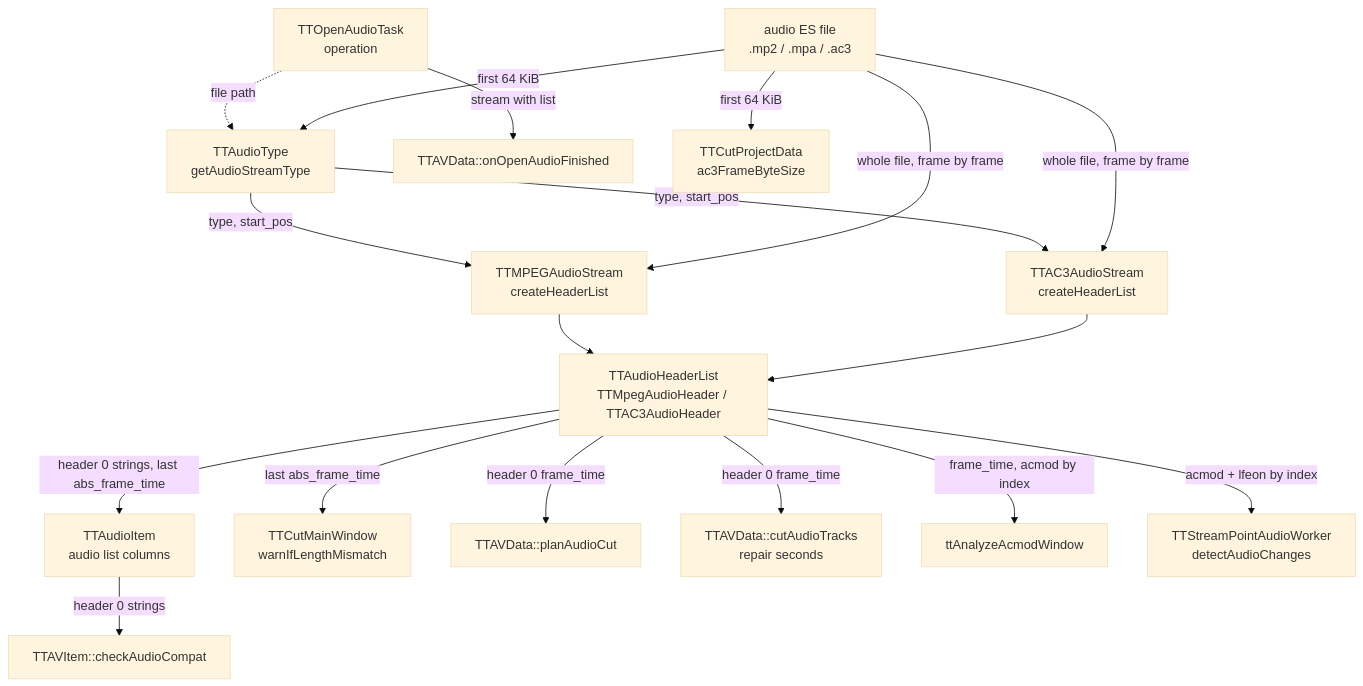
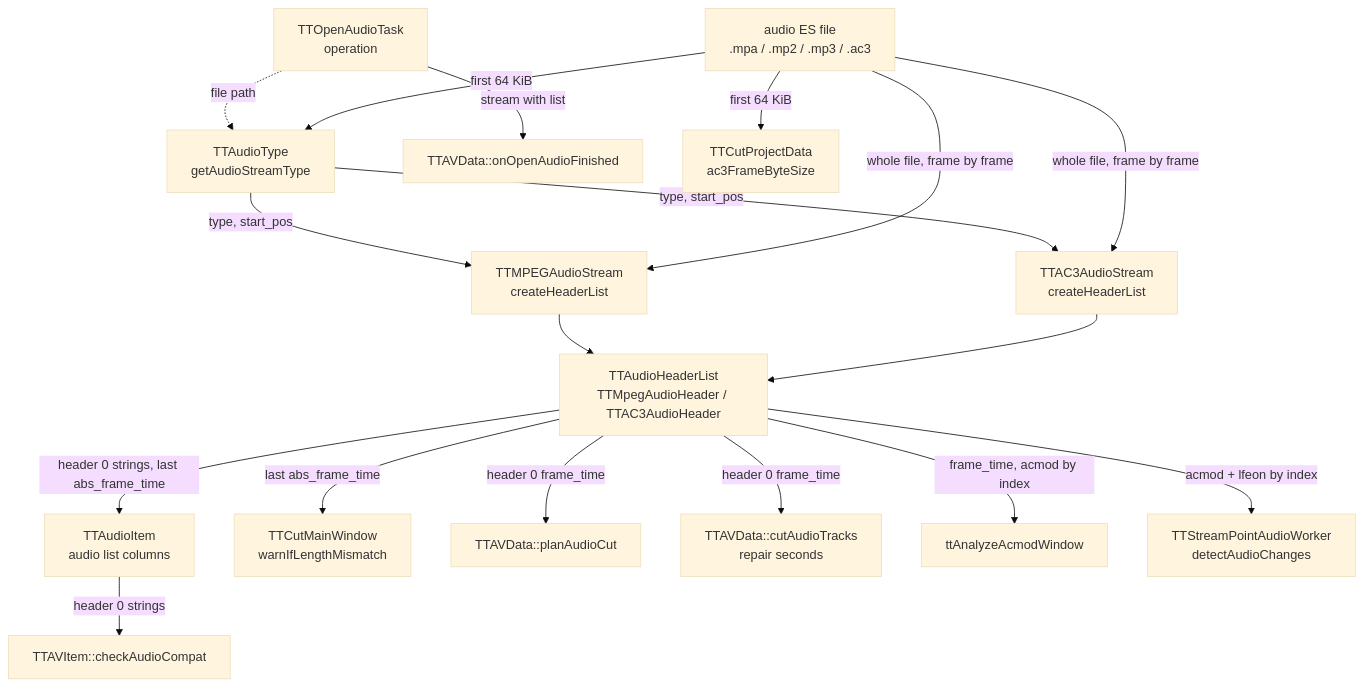
The diagram in docs/code-map/audio-es-input.md (MINIXJR/TTCut-ng), drawn with Mermaid (base theme) before and after one commit. The commit also changed other lines of this file and 25 other files, not shown here.

````diff
--- a/docs/code-map/audio-es-input.md
+++ b/docs/code-map/audio-es-input.md
@@ -58,36 +58,36 @@
 ```mermaid
 flowchart TD
-    FILE["audio ES file<br/>.mp2 / .mpa / .ac3"]
+    FILE["audio ES file<br/>.mpa / .mp2 / .mp3 / .ac3"]
     OPEN["TTOpenAudioTask<br/>operation"]
     TYPE["TTAudioType<br/>getAudioStreamType"]
     MPS["TTMPEGAudioStream<br/>createHeaderList"]
     AC3S["TTAC3AudioStream<br/>createHeaderList"]
     HL["TTAudioHeaderList<br/>TTMpegAudioHeader / TTAC3AudioHeader"]
     FIN["TTAVData::onOpenAudioFinished"]
     ITEM["TTAudioItem<br/>audio list columns"]
     COMPAT["TTAVItem::checkAudioCompat"]
     LEN["TTCutMainWindow<br/>warnIfLengthMismatch"]
     PLAN["TTAVData::planAudioCut"]
     REP["TTAVData::cutAudioTracks<br/>repair seconds"]
     ACMOD["ttAnalyzeAcmodWindow"]
     SPW["TTStreamPointAudioWorker<br/>detectAudioChanges"]
     PROJ["TTCutProjectData<br/>ac3FrameByteSize"]
 
     OPEN -.->|file path| TYPE
     FILE -->|first 64 KiB| TYPE
     TYPE -->|type, start_pos| MPS
     TYPE -->|type, start_pos| AC3S
     FILE -->|whole file, frame by frame| MPS
     FILE -->|whole file, frame by frame| AC3S
     MPS --> HL
     AC3S --> HL
     OPEN -->|stream with list| FIN
     HL -->|header 0 strings, last abs_frame_time| ITEM
     ITEM -->|header 0 strings| COMPAT
     HL -->|last abs_frame_time| LEN
     HL -->|header 0 frame_time| PLAN
     HL -->|header 0 frame_time| REP
     HL -->|frame_time, acmod by index| ACMOD
     HL -->|acmod + lfeon by index| SPW
     FILE -->|first 64 KiB| PROJ
 ```
````
